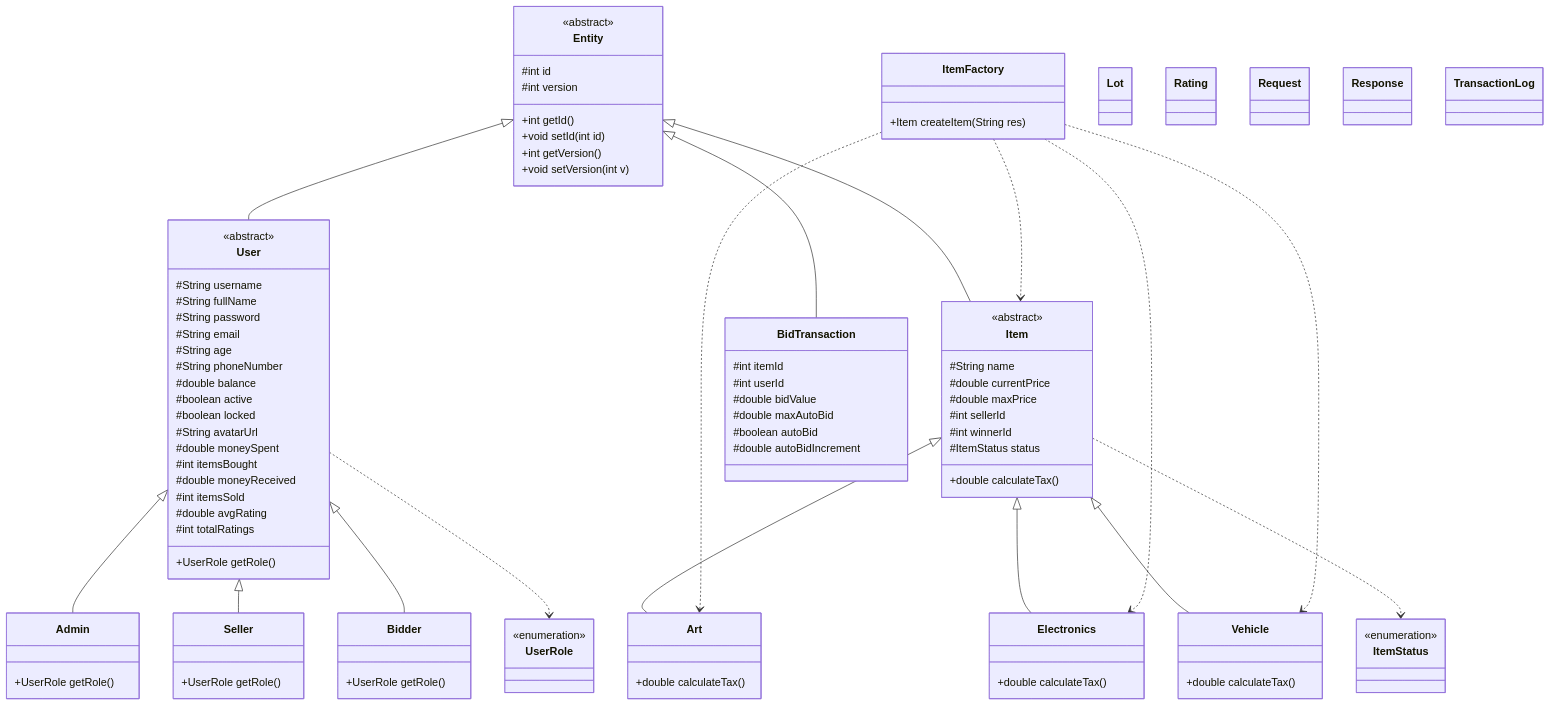
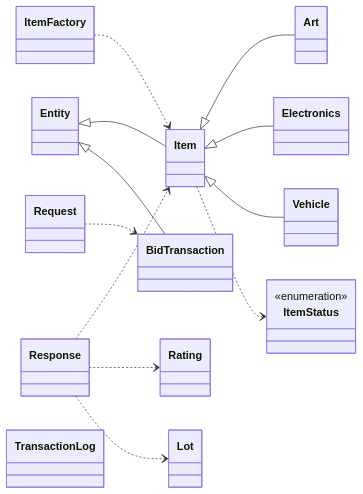
One commit to 25020286-ops/SUMMARY changed the second of 9 diagrams in project-uml-bản đầy đủ.md. Above: the diagram before and after it, drawn with Mermaid. The commit also changed other lines of this file, not shown here.

Commit message:
Update project-uml-bản đầy đủ.md

````diff
--- a/project-uml-bản đầy đủ.md
+++ b/project-uml-bản đầy đủ.md
@@ -322,81 +344,30 @@
 ```mermaid
+%%{init: {'classDiagram': {'nodeSpacing': 80, 'rankSpacing': 90}} }%%
 classDiagram
-direction TB
-class Entity {
-  <<abstract>>
-  #int id
-  #int version
-  +int getId()
-  +void setId(int id)
-  +int getVersion()
-  +void setVersion(int v)
-}
-class User {
-  <<abstract>>
-  #String username
-  #String fullName
-  #String password
-  #String email
-  #String age
-  #String phoneNumber
-  #double balance
-  #boolean active
-  #boolean locked
-  #String avatarUrl
-  #double moneySpent
-  #int itemsBought
-  #double moneyReceived
-  #int itemsSold
-  #double avgRating
-  #int totalRatings
-  +UserRole getRole()
-}
-class Admin { +UserRole getRole() }
-class Seller { +UserRole getRole() }
-class Bidder { +UserRole getRole() }
-class Item {
-  <<abstract>>
-  #String name
-  #double currentPrice
-  #double maxPrice
-  #int sellerId
-  #int winnerId
-  #ItemStatus status
-  +double calculateTax()
-}
-class Art { +double calculateTax() }
-class Electronics { +double calculateTax() }
-class Vehicle { +double calculateTax() }
-class ItemFactory { +Item createItem(String res) }
-class BidTransaction {
-  #int itemId
-  #int userId
-  #double bidValue
-  #double maxAutoBid
-  #boolean autoBid
-  #double autoBidIncrement
-}
+direction LR
+class Entity
+class Item
+class Art
+class Electronics
+class Vehicle
+class ItemStatus { <<enumeration>> }
+class ItemFactory
+class BidTransaction
+class Request
+class Response
 class Lot
 class Rating
-class Request
-class Response
 class TransactionLog
-class UserRole { <<enumeration>> }
-class ItemStatus { <<enumeration>> }
 
-Entity <|-- User
 Entity <|-- Item
 Entity <|-- BidTransaction
-User <|-- Admin
-User <|-- Seller
-User <|-- Bidder
 Item <|-- Art
 Item <|-- Electronics
 Item <|-- Vehicle
+Item ..> ItemStatus
 ItemFactory ..> Item
-ItemFactory ..> Art
-ItemFactory ..> Electronics
-ItemFactory ..> Vehicle
-User ..> UserRole
-Item ..> ItemStatus
+Request ..> BidTransaction
+Response ..> Item
+Response ..> Rating
+Response ..> Lot
 ```
````
